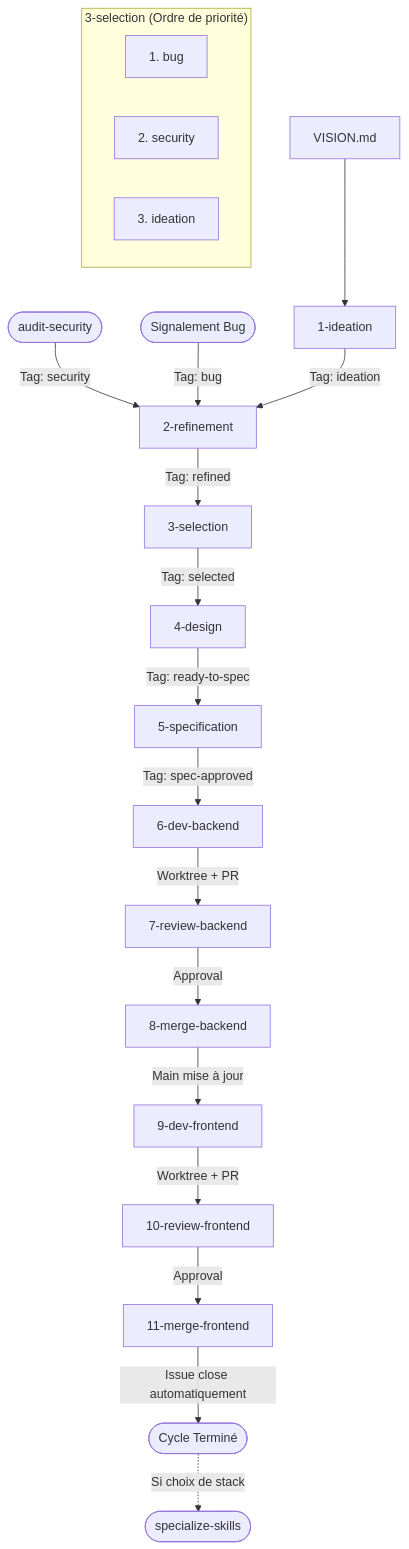
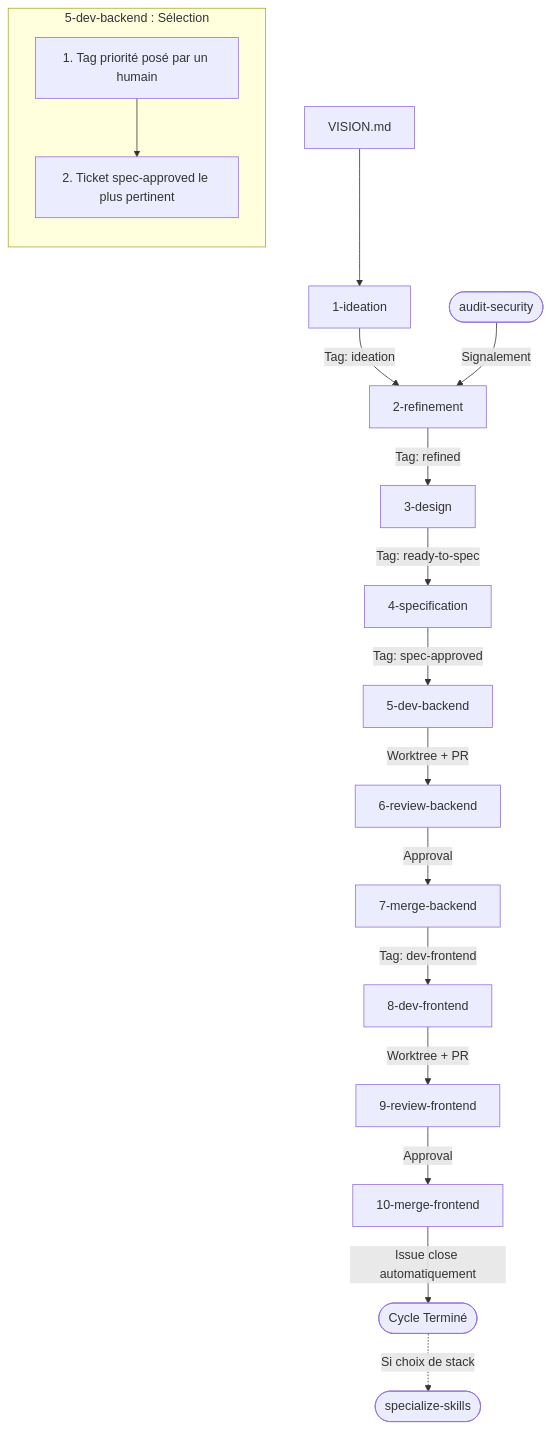
One commit to kevin-sakemaer/croissant-furtif changed the diagram in README.md. Above: the diagram before and after it, drawn with Mermaid. The commit also changed other lines of this file and 14 other files, not shown here.

````diff
--- a/README.md
+++ b/README.md
@@ -38,23 +34,22 @@
 ```mermaid
 flowchart TD
     V[VISION.md] --> S1[1-ideation]
-    SecExpert([audit-security]) -->|Tag: security| S2[2-refinement]
-    BugReport([Signalement Bug]) -->|Tag: bug| S2
-    S1 -->|Tag: ideation| S2
-    S2 -->|Tag: refined| S3[3-selection]
-    subgraph Priorisation ["3-selection (Ordre de priorité)"]
-        P1[1. bug]
-        P2[2. security]
-        P3[3. ideation]
+    S1 -->|Tag: ideation| S2[2-refinement]
+    Audit([audit-security]) -->|Signalement| S2
+    S2 -->|Tag: refined| S3[3-design]
+    S3 -->|Tag: ready-to-spec| S4[4-specification]
+    S4 -->|Tag: spec-approved| S5[5-dev-backend]
+    subgraph ChoixDev ["5-dev-backend : Sélection"]
+        direction TB
+        Prio[1. Tag priorité posé par un humain]
+        Sens[2. Ticket spec-approved le plus pertinent]
+        Prio --> Sens
     end
-    S3 -->|Tag: selected| S4[4-design]
-    S4 -->|Tag: ready-to-spec| S5[5-specification]
-    S5 -->|Tag: spec-approved| S6[6-dev-backend]
-    S6 -->|Worktree + PR| S7[7-review-backend]
-    S7 -->|Approval| S8[8-merge-backend]
-    S8 -->|Main mise à jour| S9[9-dev-frontend]
-    S9 -->|Worktree + PR| S10[10-review-frontend]
-    S10 -->|Approval| S11[11-merge-frontend]
-    S11 -->|Issue close automatiquement| Done([Cycle Terminé])
+    S5 -->|Worktree + PR| S6[6-review-backend]
+    S6 -->|Approval| S7[7-merge-backend]
+    S7 -->|Tag: dev-frontend| S8[8-dev-frontend]
+    S8 -->|Worktree + PR| S9[9-review-frontend]
+    S9 -->|Approval| S10[10-merge-frontend]
+    S10 -->|Issue close automatiquement| Done([Cycle Terminé])
     Done -.->|Si choix de stack| SpecSkills([specialize-skills])
 ```
````
